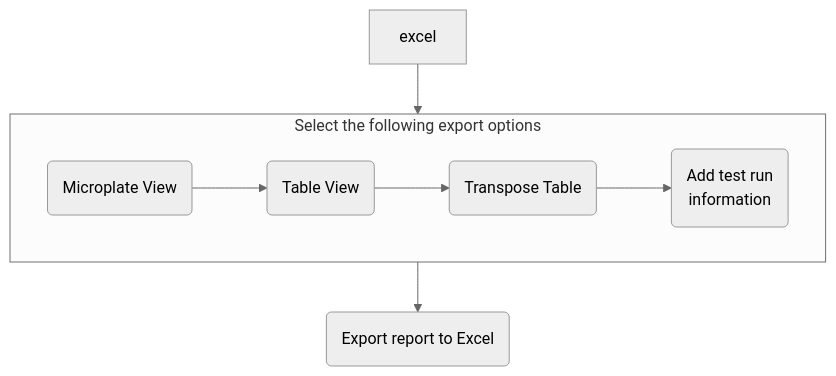
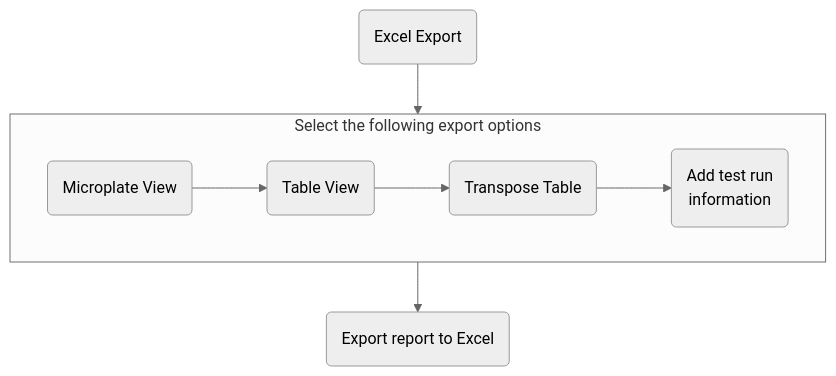
Before and after one commit to gage1145/quicR: the diagram in README.md, drawn with Mermaid (neutral theme). The commit also changed other lines of this file and 1 other file, not shown here.

````diff
--- a/README.md
+++ b/README.md
@@ -13,18 +13,18 @@
 ``` mermaid
 flowchart TB
-excel
+excel(Excel Export)
 
 subgraph A[Select the following export options]
   direction LR
   micro(Microplate View)
   table(Table View)
   trans(Transpose Table)
   test(Add test run \n information)
 end
 
 export(Export report to Excel)
 
 excel --> A
 micro --> table --> trans --> test
 A --> export
 ```
````
